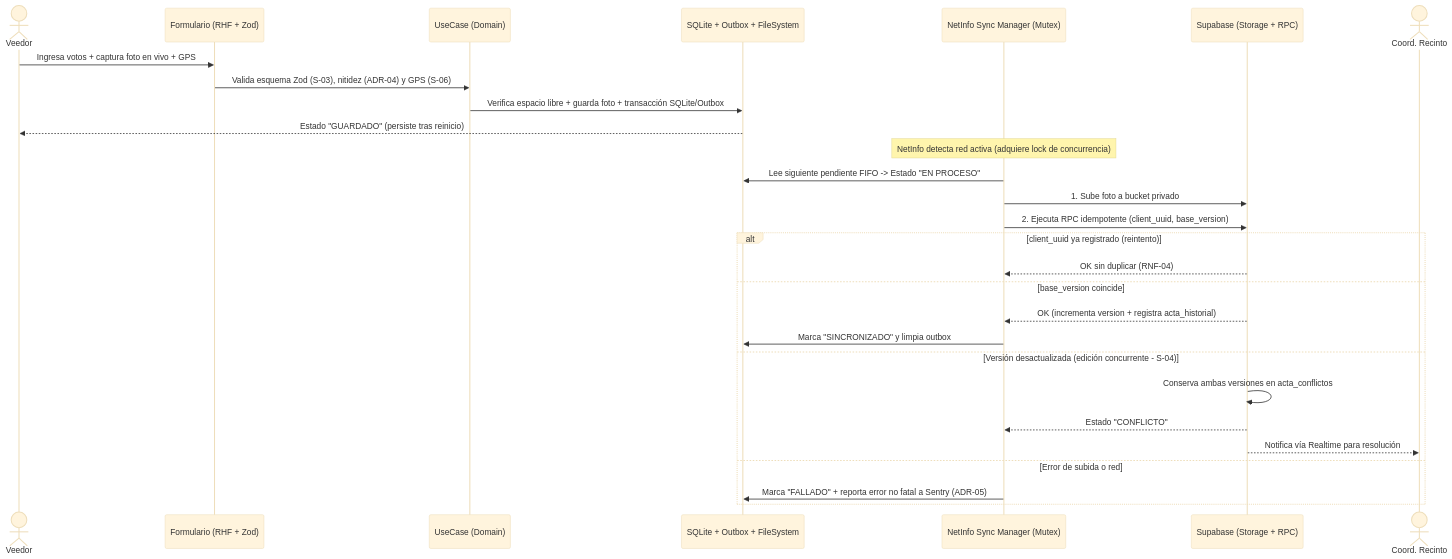
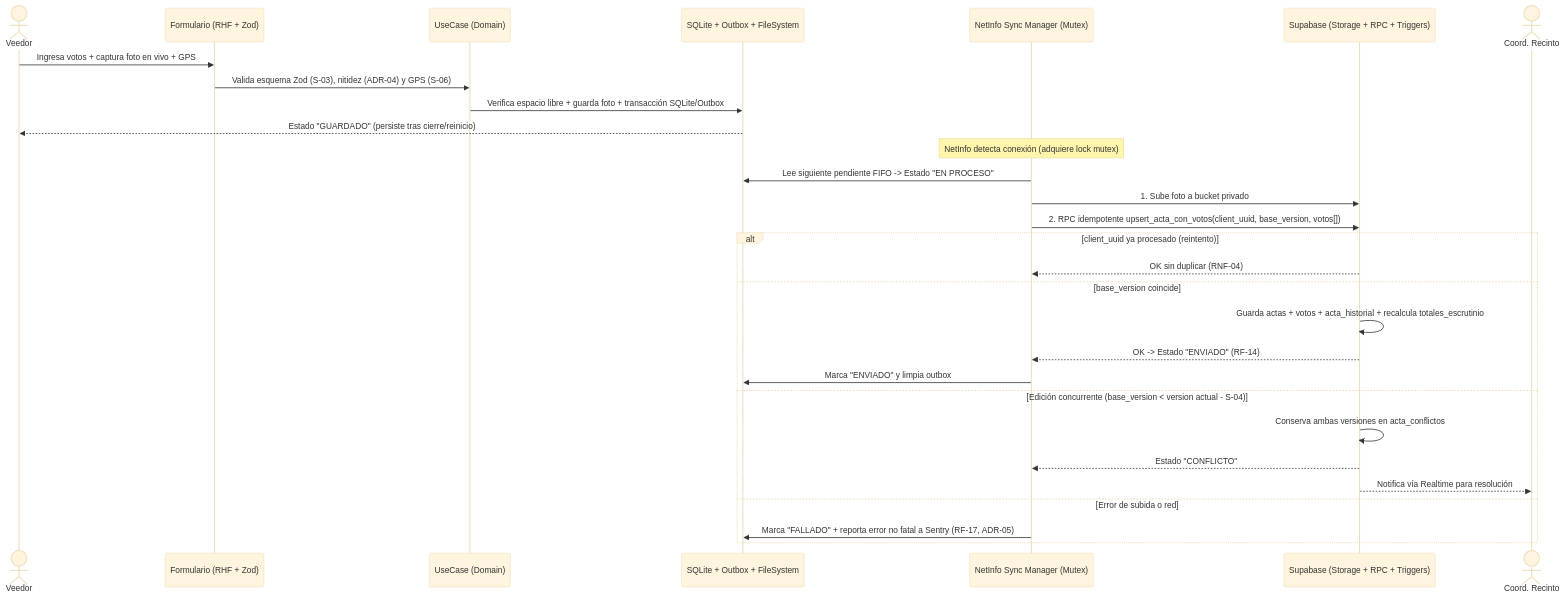
Before and after one commit to Milka-Borja/Control-Electoral-App: the third of 3 diagrams in docs/arquitectura.md, drawn with Mermaid (base theme). The commit also changed other lines of this file and 22 other files, not shown here.

````diff
--- a/docs/arquitectura.md
+++ b/docs/arquitectura.md
@@ -181,33 +216,34 @@
 ```mermaid
 sequenceDiagram
     actor Veedor
     participant UI as Formulario (RHF + Zod)
     participant UC as UseCase (Domain)
     participant Local as SQLite + Outbox + FileSystem
     participant Net as NetInfo Sync Manager (Mutex)
-    participant Supa as Supabase (Storage + RPC)
+    participant Supa as Supabase (Storage + RPC + Triggers)
     actor Coord as Coord. Recinto
 
     Veedor->>UI: Ingresa votos + captura foto en vivo + GPS
     UI->>UC: Valida esquema Zod (S-03), nitidez (ADR-04) y GPS (S-06)
     UC->>Local: Verifica espacio libre + guarda foto + transacción SQLite/Outbox
-    Local-->>Veedor: Estado "GUARDADO" (persiste tras reinicio)
+    Local-->>Veedor: Estado "GUARDADO" (persiste tras cierre/reinicio)
 
-    Note over Net: NetInfo detecta red activa (adquiere lock de concurrencia)
+    Note over Net: NetInfo detecta conexión (adquiere lock mutex)
     Net->>Local: Lee siguiente pendiente FIFO -> Estado "EN PROCESO"
     Net->>Supa: 1. Sube foto a bucket privado
-    Net->>Supa: 2. Ejecuta RPC idempotente (client_uuid, base_version)
+    Net->>Supa: 2. RPC idempotente upsert_acta_con_votos(client_uuid, base_version, votos[])
 
-    alt client_uuid ya registrado (reintento)
+    alt client_uuid ya procesado (reintento)
         Supa-->>Net: OK sin duplicar (RNF-04)
     else base_version coincide
-        Supa-->>Net: OK (incrementa version + registra acta_historial)
-        Net->>Local: Marca "SINCRONIZADO" y limpia outbox
-    else Versión desactualizada (edición concurrente - S-04)
+        Supa->>Supa: Guarda actas + votos + acta_historial + recalcula totales_escrutinio
+        Supa-->>Net: OK -> Estado "ENVIADO" (RF-14)
+        Net->>Local: Marca "ENVIADO" y limpia outbox
+    else Edición concurrente (base_version < version actual - S-04)
         Supa->>Supa: Conserva ambas versiones en acta_conflictos
         Supa-->>Net: Estado "CONFLICTO"
         Supa-->>Coord: Notifica vía Realtime para resolución
     else Error de subida o red
-        Net->>Local: Marca "FALLADO" + reporta error no fatal a Sentry (ADR-05)
+        Net->>Local: Marca "FALLADO" + reporta error no fatal a Sentry (RF-17, ADR-05)
     end
 ```
````
